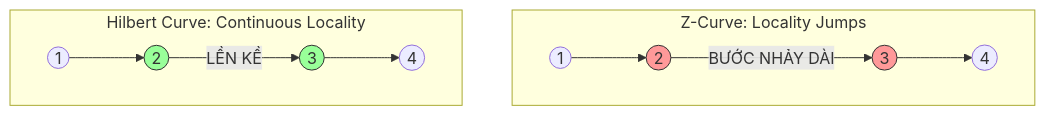
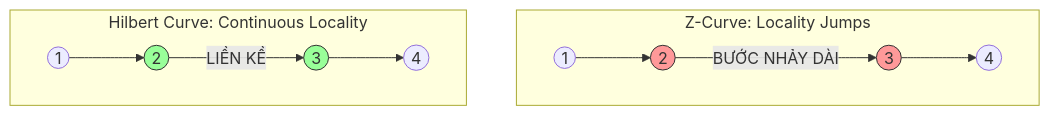
One commit to kythuatdulieu/kythuatdulieu.github.io changed the first of 2 diagrams in src/content/docs/concepts/3-storage-engines-formats/liquid-clustering-deep-dive.md. Above: the diagram before and after it, drawn with Mermaid. The commit also changed other lines of this file and 4 other files, not shown here.

Commit message:
chore: fix mermaid typo and refine article wording for better technical clarity

````diff
--- a/src/content/docs/concepts/3-storage-engines-formats/liquid-clustering-deep-dive.md
+++ b/src/content/docs/concepts/3-storage-engines-formats/liquid-clustering-deep-dive.md
@@ -27,20 +27,20 @@
 ```mermaid
 graph TD
     subgraph z_curve [Z-Curve: Locality Jumps]
     direction LR
     Z1((1)) --> Z2((2))
     Z2 -->|BƯỚC NHẢY DÀI| Z3((3))
     Z3 --> Z4((4))
     style Z2 fill:#f99,stroke:#333
     style Z3 fill:#f99,stroke:#333
     end
 
     subgraph hilbert [Hilbert Curve: Continuous Locality]
     direction LR
     H1((1)) --> H2((2))
-    H2 -->|LỀN KỀ| H3((3))
+    H2 -->|LIỀN KỀ| H3((3))
     H3 --> H4((4))
     style H2 fill:#9f9,stroke:#333
     style H3 fill:#9f9,stroke:#333
     end
 ```
````
